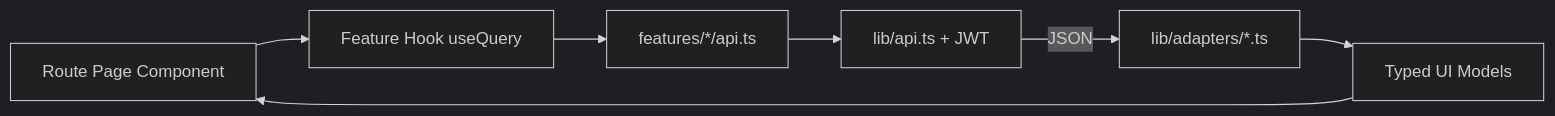
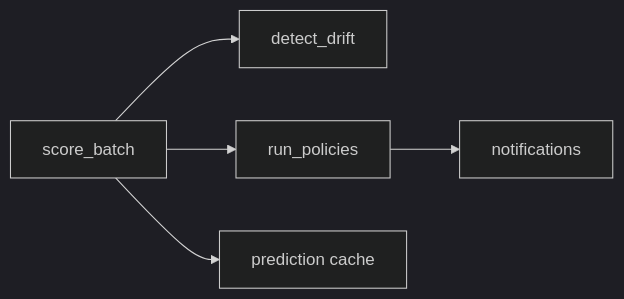
Before and after one commit to monishabharadwaj/AssetFlow: the second of 2 diagrams in README.md, drawn with Mermaid (dark theme). The commit also changed other lines of this file, not shown here.

````diff
--- a/README.md
+++ b/README.md
@@ -531,13 +287,7 @@
 ```mermaid
 flowchart LR
-  Page[Route Page Component]
-  Hook[Feature Hook useQuery]
-  API[features/*/api.ts]
-  Client[lib/api.ts + JWT]
-  Adapter[lib/adapters/*.ts]
-  UI[Typed UI Models]
-
-  Page --> Hook --> API --> Client
-  Client -->|JSON| Adapter --> UI
-  UI --> Page
+  A[score_batch] --> B[detect_drift]
+  A --> C[run_policies]
+  C --> D[notifications]
+  A --> E[prediction cache]
 ```
````
